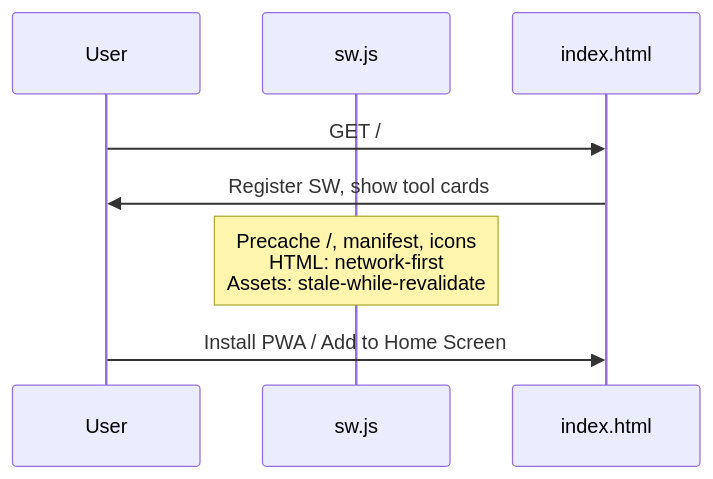
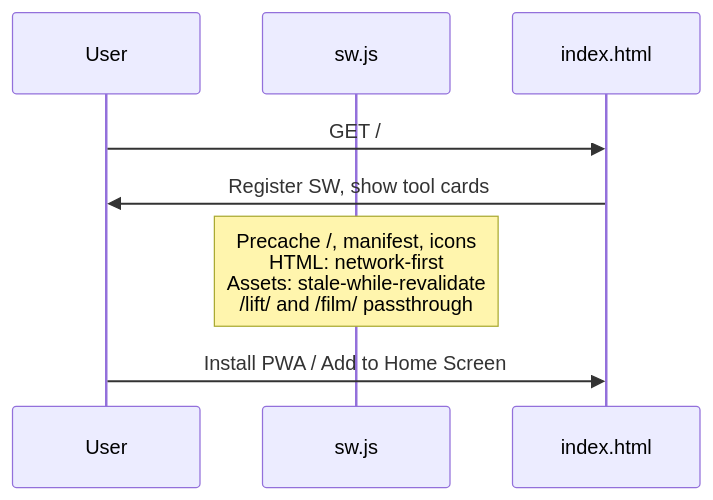
Before and after one commit to mitchelldawkinsjr/ghfb: the diagram in docs/flows-hub-pwa.md, drawn with Mermaid. The commit also changed other lines of this file and 8 other files, not shown here.

First line of the commit message:
Proxy GH Lift and Film in-app; harden README deploy docs.

````diff
--- a/docs/flows-hub-pwa.md
+++ b/docs/flows-hub-pwa.md
@@ -7,11 +7,11 @@
 ```mermaid
 sequenceDiagram
   participant U as User
   participant SW as sw.js
   participant Hub as index.html
 
   U->>Hub: GET /
   Hub->>U: Register SW, show tool cards
-  Note over SW: Precache /, manifest, icons<br/>HTML: network-first<br/>Assets: stale-while-revalidate
+  Note over SW: Precache /, manifest, icons<br/>HTML: network-first<br/>Assets: stale-while-revalidate<br/>/lift/ and /film/ passthrough
   U->>Hub: Install PWA / Add to Home Screen
 ```
````
